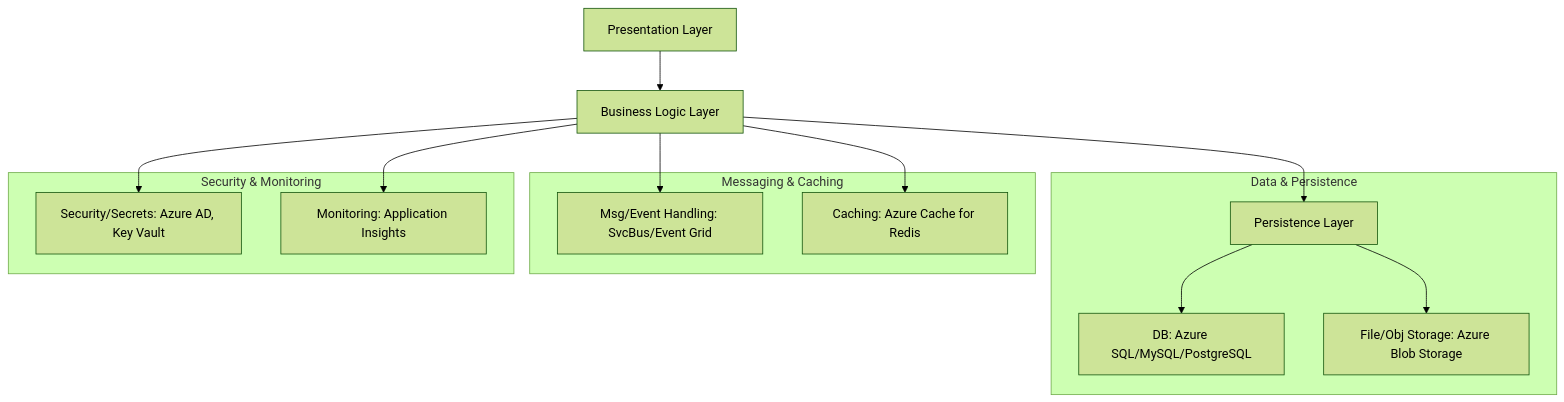
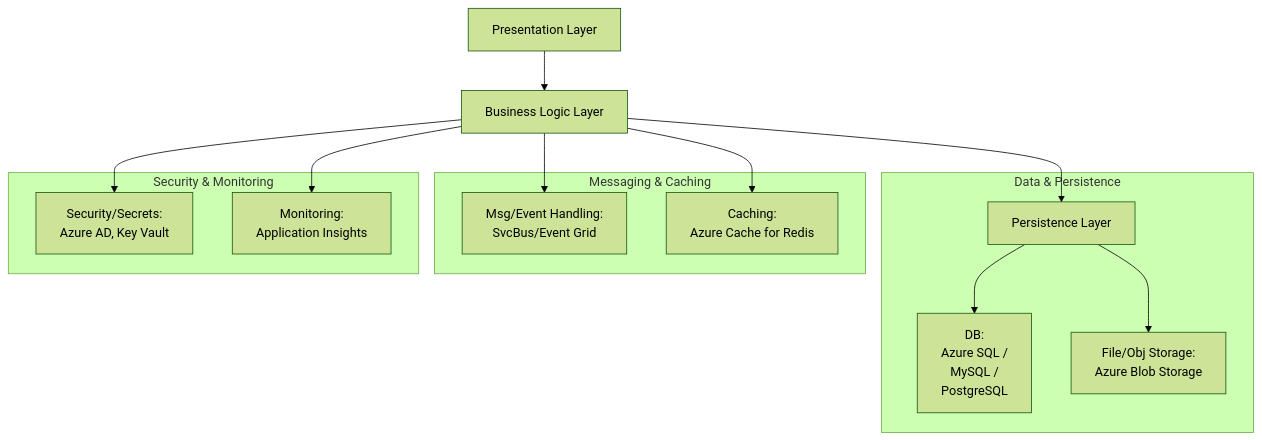
The first of 5 diagrams in docs/sec_cloud/jakarta-ee-azure.md (cassmastern/lers-sandbox), drawn with Mermaid (forest theme) before and after one commit. The commit also changed other lines of this file and 107 other files, not shown here.

Commit message:
Diagram improvements and other minor tweaks

````diff
--- a/docs/sec_cloud/jakarta-ee-azure.md
+++ b/docs/sec_cloud/jakarta-ee-azure.md
@@ -52,32 +52,32 @@
 ```mermaid
 flowchart TD
     accTitle: Layered architecture diagram showing Azure's 4 main layers
     accDescr: Layered architecture diagram showing Azure's 4 main layers: Presentation Layer at top, Business Logic Layer below it, then Data & Persistence layer containing Persistence Layer connected to Azure SQL/MySQL/PostgreSQL database and Azure Blob Storage for files. Alongside are Messaging & Caching layer with Service Bus/Event Grid and Azure Cache for Redis, plus Security & Monitoring layer with Azure AD/Key Vault and Application Insights. Arrows show data flow from Presentation to Business Logic to Persistence, with Business Logic also connecting to messaging, caching, security and monitoring components.
     A["Presentation Layer"]
     B["Business Logic Layer"]
   
     subgraph DataLayer ["Data & Persistence"]
         C["Persistence Layer"]
-        D["DB: Azure SQL/MySQL/PostgreSQL"]
-        E["File/Obj Storage: Azure Blob Storage"]
+        D["DB:<br> Azure SQL /<br> MySQL /<br> PostgreSQL"]
+        E["File/Obj Storage:<br> Azure Blob Storage"]
     end
   
     subgraph MessagingCache ["Messaging & Caching"]
-        F["Msg/Event Handling: SvcBus/Event Grid"]
-        G["Caching: Azure Cache for Redis"]
+        F["Msg/Event Handling:<br> SvcBus/Event Grid"]
+        G["Caching:<br> Azure Cache for Redis"]
     end
   
     subgraph CrossCutting ["Security & Monitoring"]
-        H["Security/Secrets: Azure AD, Key Vault"]
-        I["Monitoring: Application Insights"]
+        H["Security/Secrets:<br> Azure AD, Key Vault"]
+        I["Monitoring:<br> Application Insights"]
     end
   
     A --> B
     B --> C
     C --> D
     C --> E
     B --> F
     B --> G
     B --> H
     B --> I
 ```
````
